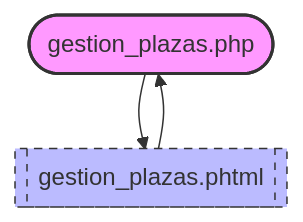
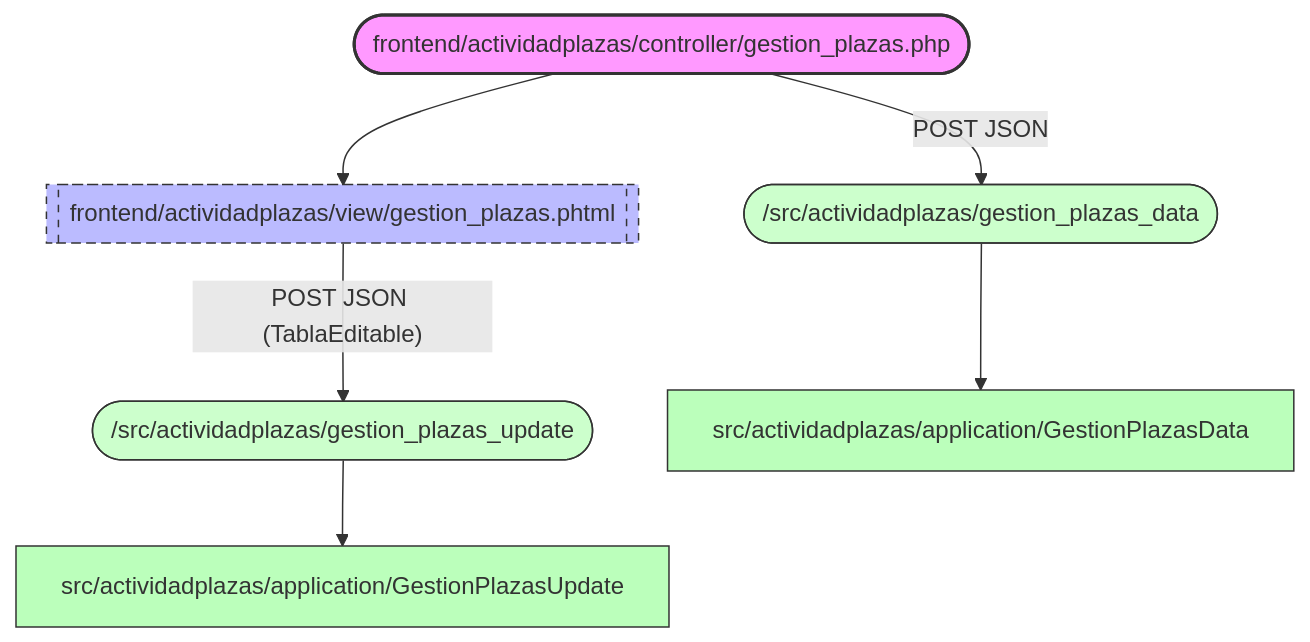
One commit to olvidio/orbix changed the diagram in documentacion/Documentacion_Obix/actividadplazas/mapa_gestion_plazas.md. Above: the diagram before and after it, drawn with Mermaid. The commit also changed 2 other files, not shown here.

Commit message:
refactor actividadplazas 2

````diff
--- a/documentacion/Documentacion_Obix/actividadplazas/mapa_gestion_plazas.md
+++ b/documentacion/Documentacion_Obix/actividadplazas/mapa_gestion_plazas.md
@@ -1,11 +1,19 @@
 ```mermaid
 flowchart TD
     %% Estils de nodes
     classDef controller fill:#f9f,stroke:#333,stroke-width:2px;
     classDef vista fill:#bbf,stroke:#333,stroke-width:1px,stroke-dasharray: 5 5;
-    classDef error fill:#ff9999,stroke:#cc0000,stroke-width:2px;
+    classDef backend fill:#cfc,stroke:#333,stroke-width:1px;
+    classDef usecase fill:#bfb,stroke:#333,stroke-width:1px;
 
-    apps_actividadplazas_controller_gestion_plazas_php(["gestion_plazas.php"]):::controller --> apps_actividadplazas_view_gestion_plazas_phtml[["gestion_plazas.phtml"]]:::vista
-    apps_actividadplazas_view_gestion_plazas_phtml --> apps_actividadplazas_controller_gestion_plazas_php(["gestion_plazas.php"]):::controller
-    %% DESTÍ NO RESOLT des de apps_actividadplazas_view_gestion_plazas_phtml: $oHash->getCamposHtml(); [DESTÍ NO RESOLT]
+    %% Frontend controller + view
+    frontend_actividadplazas_controller_gestion_plazas_php(["frontend/actividadplazas/controller/gestion_plazas.php"]):::controller --> frontend_actividadplazas_view_gestion_plazas_phtml[["frontend/actividadplazas/view/gestion_plazas.phtml"]]:::vista
+
+    %% Endpoints backend JSON
+    frontend_actividadplazas_controller_gestion_plazas_php -- POST JSON --> src_gestion_plazas_data(["/src/actividadplazas/gestion_plazas_data"]):::backend
+    frontend_actividadplazas_view_gestion_plazas_phtml -- POST JSON (TablaEditable) --> src_gestion_plazas_update(["/src/actividadplazas/gestion_plazas_update"]):::backend
+
+    %% Use cases
+    src_gestion_plazas_data --> uc_data["src/actividadplazas/application/GestionPlazasData"]:::usecase
+    src_gestion_plazas_update --> uc_update["src/actividadplazas/application/GestionPlazasUpdate"]:::usecase
 ```
````
